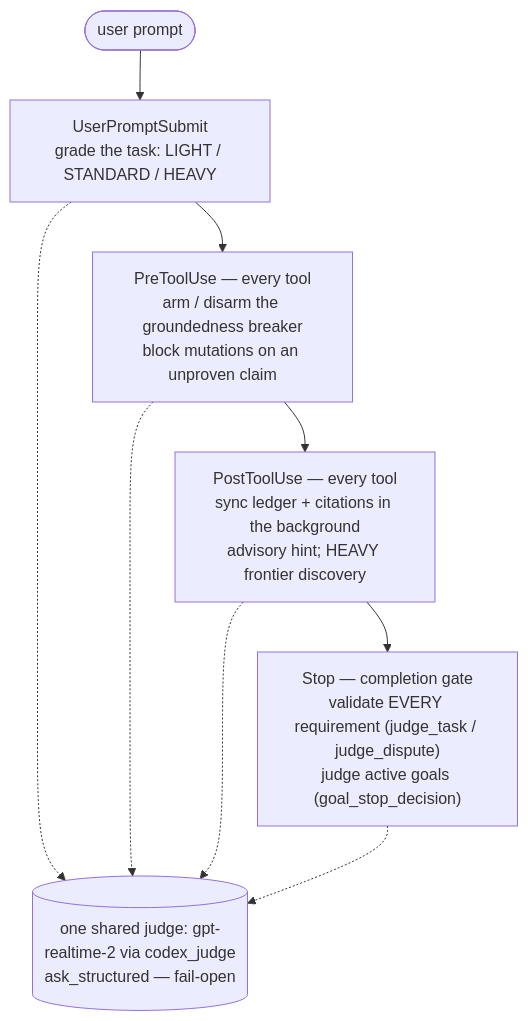
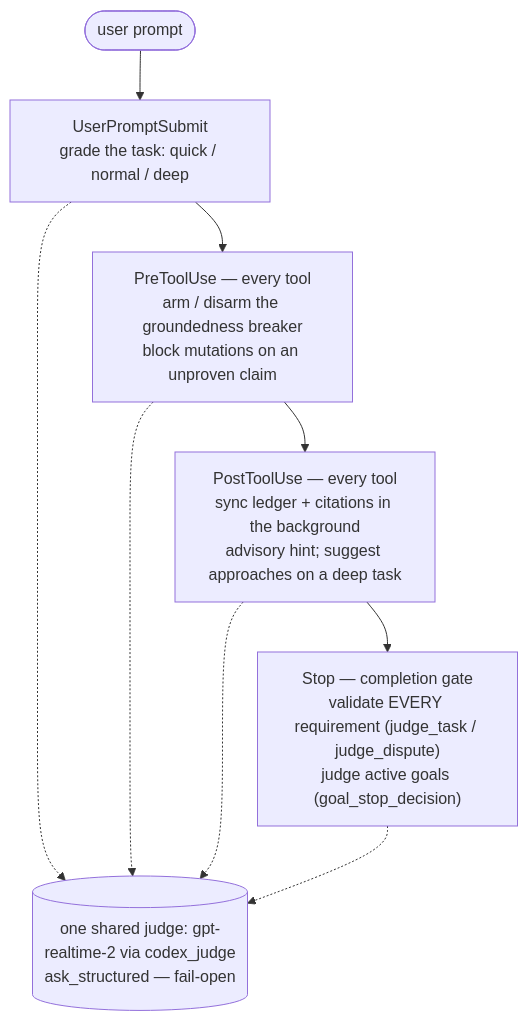
Before and after one commit to jaredboynton/unifable: the diagram in README.md, drawn with Mermaid. The commit also changed other lines of this file, not shown here.

Commit message:
docs: describe the deep-task tier in plain language in the judge-flow section

````diff
--- a/README.md
+++ b/README.md
@@ -46,13 +46,13 @@
 ```mermaid
 flowchart TB
   P([user prompt]) --> UPS
-  UPS["UserPromptSubmit<br/>grade the task: LIGHT / STANDARD / HEAVY"] --> PTU
+  UPS["UserPromptSubmit<br/>grade the task: quick / normal / deep"] --> PTU
   PTU["PreToolUse — every tool<br/>arm / disarm the groundedness breaker<br/>block mutations on an unproven claim"] --> POST
-  POST["PostToolUse — every tool<br/>sync ledger + citations in the background<br/>advisory hint; HEAVY frontier discovery"] --> STOP
+  POST["PostToolUse — every tool<br/>sync ledger + citations in the background<br/>advisory hint; suggest approaches on a deep task"] --> STOP
   STOP["Stop — completion gate<br/>validate EVERY requirement (judge_task / judge_dispute)<br/>judge active goals (goal_stop_decision)"]
   UPS -.-> CJ
   PTU -.-> CJ
   POST -.-> CJ
   STOP -.-> CJ
   CJ[("one shared judge: gpt-realtime-2 via codex_judge<br/>ask_structured — fail-open")]
 ```
````
